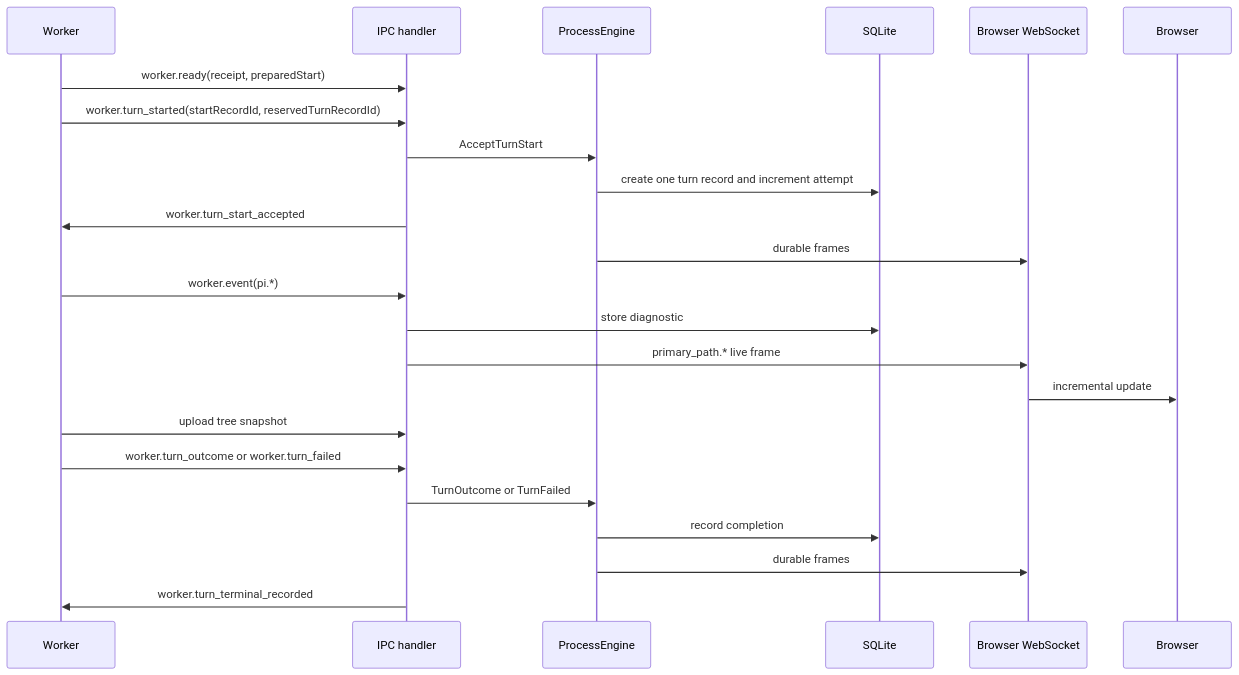
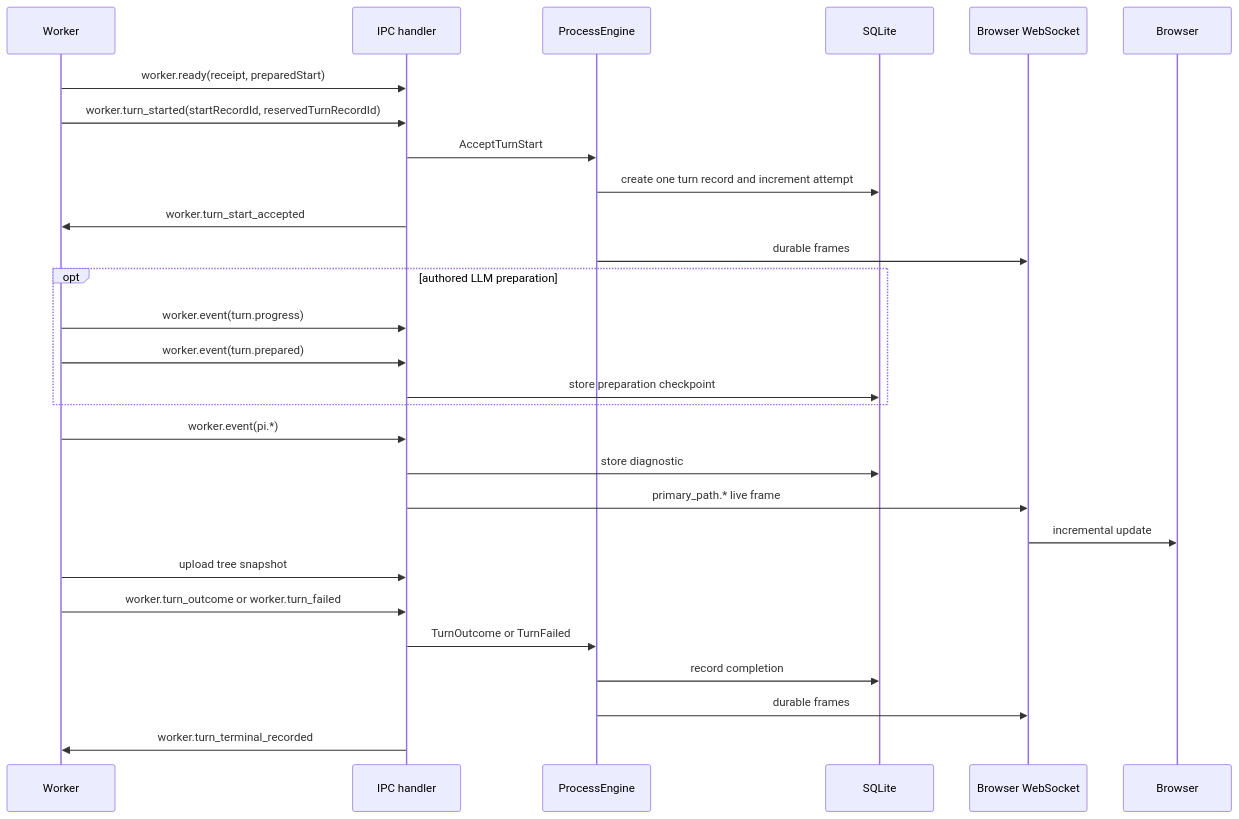
The diagram in docs/llm-turn.md (leitwerk-dev/leitwerk), drawn with Mermaid before and after one commit. The commit also changed other lines of this file and 357 other files, not shown here.

````diff
--- a/docs/llm-turn.md
+++ b/docs/llm-turn.md
@@ -45,28 +57,34 @@
 ```mermaid
 sequenceDiagram
     participant W as Worker
     participant I as IPC handler
     participant E as ProcessEngine
     participant DB as SQLite
     participant WS as Browser WebSocket
     participant UI as Browser
 
     W->>I: worker.ready(receipt, preparedStart)
     W->>I: worker.turn_started(startRecordId, reservedTurnRecordId)
     I->>E: AcceptTurnStart
     E->>DB: create one turn record and increment attempt
     I->>W: worker.turn_start_accepted
     E->>WS: durable frames
 
+    opt authored LLM preparation
+        W->>I: worker.event(turn.progress)
+        W->>I: worker.event(turn.prepared)
+        I->>DB: store preparation checkpoint
+    end
+
     W->>I: worker.event(pi.*)
     I->>DB: store diagnostic
     I->>WS: primary_path.* live frame
     WS->>UI: incremental update
 
     W->>I: upload tree snapshot
     W->>I: worker.turn_outcome or worker.turn_failed
     I->>E: TurnOutcome or TurnFailed
     E->>DB: record completion
     E->>WS: durable frames
     I->>W: worker.turn_terminal_recorded
 ```
````
